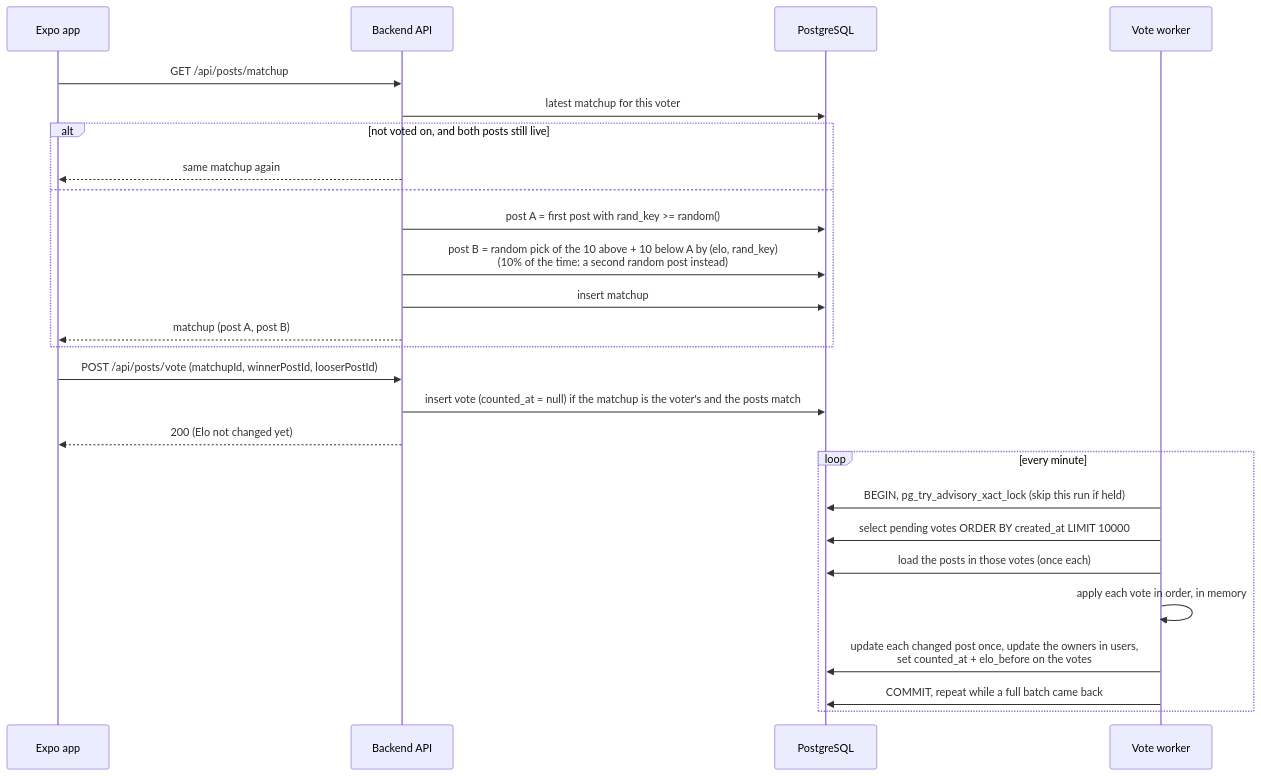
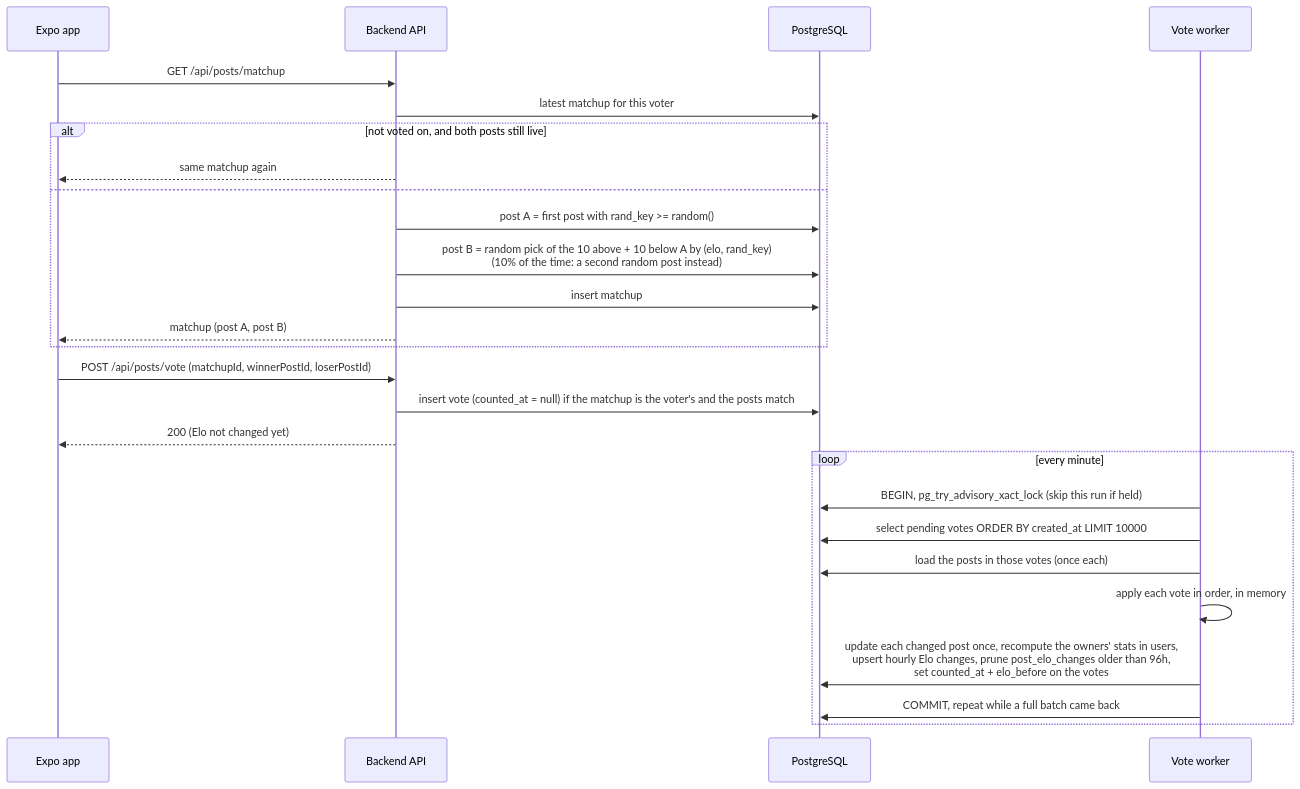
One commit to Aarhus-tech-project/2026q4-h5-projektstyring-og-app-programmering-group-2 changed the third of 3 diagrams in ServiceDiagram.md. Above: the diagram before and after it, drawn with Mermaid. The commit also changed other lines of this file and 20 other files, not shown here.

````diff
--- a/ServiceDiagram.md
+++ b/ServiceDiagram.md
@@ -102,31 +103,31 @@
 ```mermaid
 sequenceDiagram
     participant App as Expo app
     participant API as Backend API
     participant DB as PostgreSQL
     participant W as Vote worker
 
     App->>API: GET /api/posts/matchup
     API->>DB: latest matchup for this voter
     alt not voted on, and both posts still live
         API-->>App: same matchup again
     else
         API->>DB: post A = first post with rand_key >= random()
         API->>DB: post B = random pick of the 10 above + 10 below A by (elo, rand_key)<br/>(10% of the time: a second random post instead)
         API->>DB: insert matchup
         API-->>App: matchup (post A, post B)
     end
 
-    App->>API: POST /api/posts/vote (matchupId, winnerPostId, looserPostId)
+    App->>API: POST /api/posts/vote (matchupId, winnerPostId, loserPostId)
     API->>DB: insert vote (counted_at = null) if the matchup is the voter's and the posts match
     API-->>App: 200 (Elo not changed yet)
 
     loop every minute
         W->>DB: BEGIN, pg_try_advisory_xact_lock (skip this run if held)
         W->>DB: select pending votes ORDER BY created_at LIMIT 10000
         W->>DB: load the posts in those votes (once each)
         W->>W: apply each vote in order, in memory
-        W->>DB: update each changed post once, update the owners in users,<br/>set counted_at + elo_before on the votes
+        W->>DB: update each changed post once, recompute the owners' stats in users,<br/>upsert hourly Elo changes, prune post_elo_changes older than 96h,<br/>set counted_at + elo_before on the votes
         W->>DB: COMMIT, repeat while a full batch came back
     end
 ```
````
